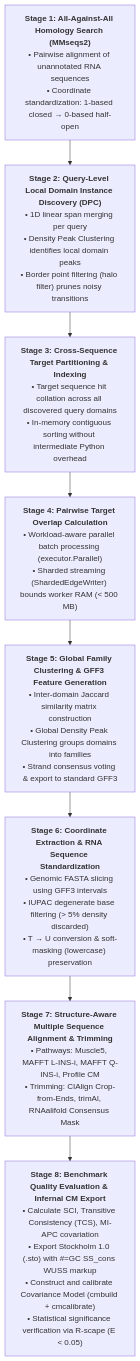
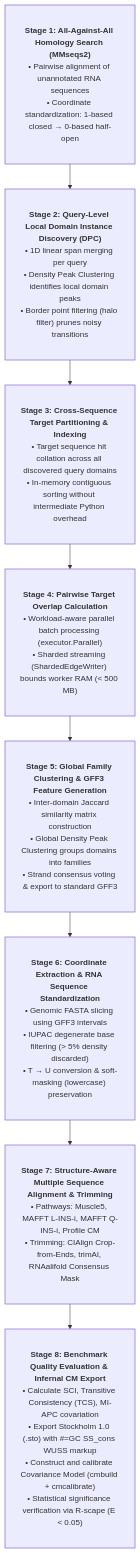
One commit to zwmuam/RFAM_B_domains changed the first of 3 diagrams in README.md. Above: the diagram before and after it, drawn with Mermaid.

Commit message:
Update README with pipeline stages details

````diff
--- a/README.md
+++ b/README.md
@@ -74,13 +74,14 @@
 ```mermaid
 flowchart TD
+    classDef bigBox padding:18px,stroke-width:1.5px;
     S1["<b>Stage 1: All-Against-All Homology Search (MMseqs2)</b><br/>• Pairwise alignment of unannotated RNA sequences<br/>• Coordinate standardization: 1-based closed &rarr; 0-based half-open"]
     S2["<b>Stage 2: Query-Level Local Domain Instance Discovery (DPC)</b><br/>• 1D linear span merging per query<br/>• Density Peak Clustering identifies local domain peaks<br/>• Border point filtering (halo filter) prunes noisy transitions"]
     S3["<b>Stage 3: Cross-Sequence Target Partitioning & Indexing</b><br/>• Target sequence hit collation across all discovered query domains<br/>• In-memory contiguous sorting without intermediate Python overhead"]
     S4["<b>Stage 4: Pairwise Target Overlap Calculation</b><br/>• Workload-aware parallel batch processing (executor.Parallel)<br/>• Sharded streaming (ShardedEdgeWriter) bounds worker RAM (&lt; 500 MB)"]
     S5["<b>Stage 5: Global Family Clustering & GFF3 Feature Generation</b><br/>• Inter-domain Jaccard similarity matrix construction<br/>• Global Density Peak Clustering groups domains into families<br/>• Strand consensus voting & export to standard GFF3"]
     S6["<b>Stage 6: Coordinate Extraction & RNA Sequence Standardization</b><br/>• Genomic FASTA slicing using GFF3 intervals<br/>• IUPAC degenerate base filtering (&gt; 5% density discarded)<br/>• T &rarr; U conversion & soft-masking (lowercase) preservation"]
     S7["<b>Stage 7: Structure-Aware Multiple Sequence Alignment & Trimming</b><br/>• Pathways: Muscle5, MAFFT L-INS-i, MAFFT Q-INS-i, Profile CM<br/>• Trimming: CIAlign Crop-from-Ends, trimAl, RNAalifold Consensus Mask"]
     S8["<b>Stage 8: Benchmark Quality Evaluation & Infernal CM Export</b><br/>• Calculate SCI, Transitive Consistency (TCS), MI-APC covariation<br/>• Export Stockholm 1.0 (.sto) with #=GC SS_cons WUSS markup<br/>• Construct and calibrate Covariance Model (cmbuild + cmcalibrate)<br/>• Statistical significance verification via R-scape (E &lt; 0.05)"]
     class S1,S2,S3,S4,S5,S6,S7,S8 bigBox;
     S1 --> S2 --> S3 --> S4 --> S5 --> S6 --> S7 --> S8
 ```
````
